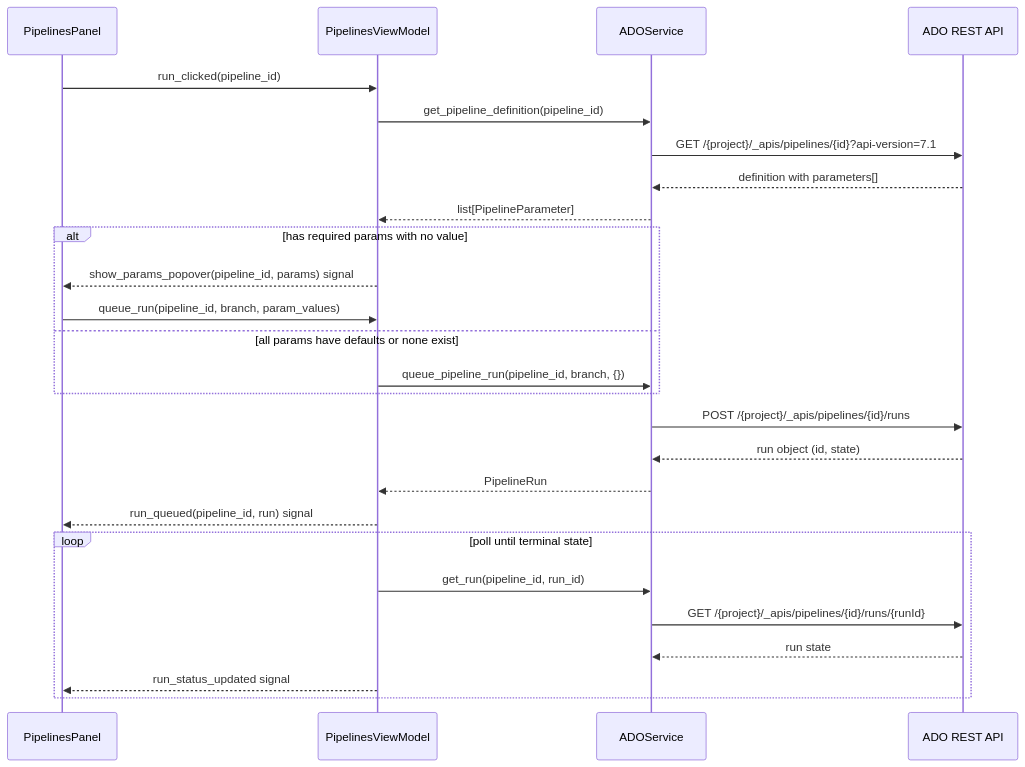
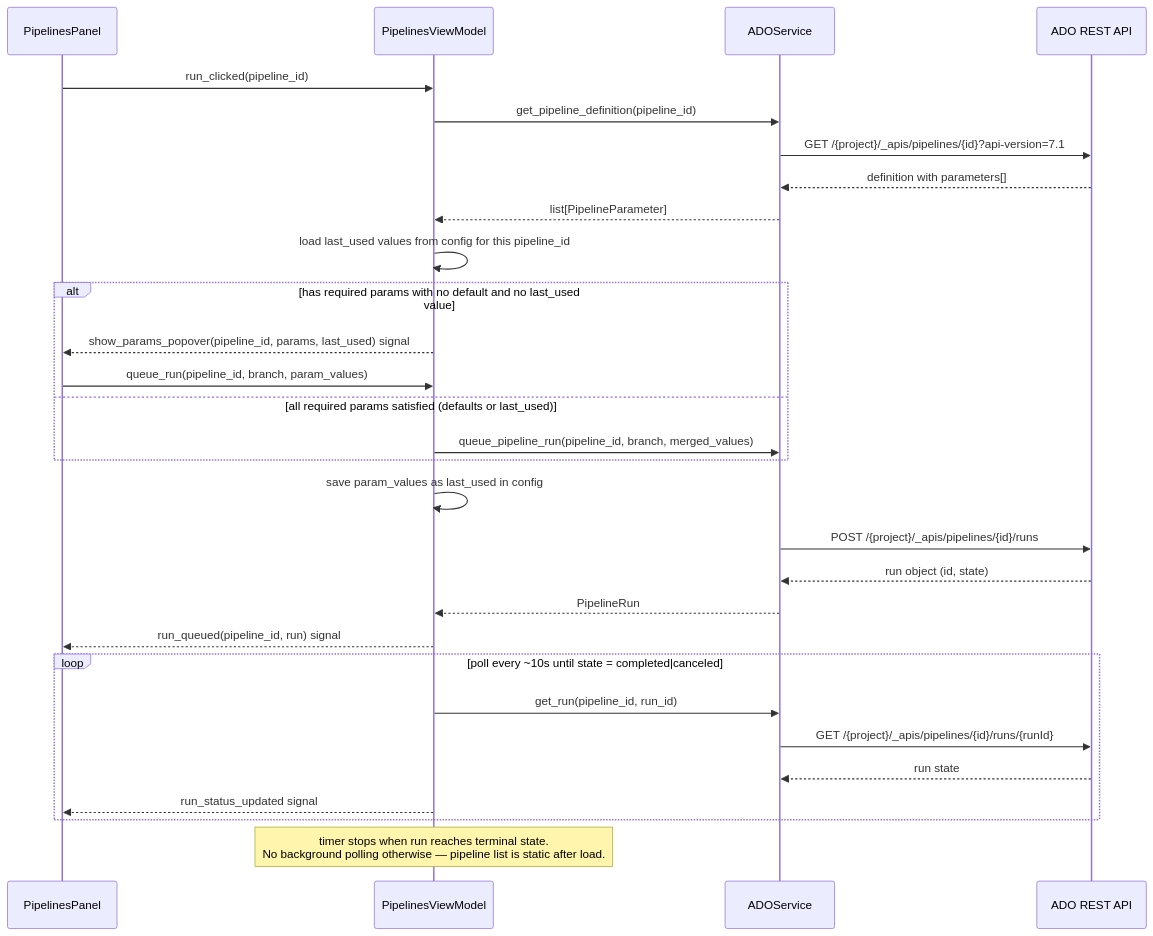
The second of 3 diagrams in worktree-manager/autobot-ado-pipelines.md (ahmedhhw/Orchestrator), drawn with Mermaid before and after one commit. The commit also changed other lines of this file and 10 other files, not shown here.

````diff
--- a/worktree-manager/autobot-ado-pipelines.md
+++ b/worktree-manager/autobot-ado-pipelines.md
@@ -215,29 +306,32 @@
 ```mermaid
 sequenceDiagram
     participant UI as PipelinesPanel
     participant VM as PipelinesViewModel
     participant SVC as ADOService
     participant ADO as ADO REST API
 
     UI->>VM: run_clicked(pipeline_id)
     VM->>SVC: get_pipeline_definition(pipeline_id)
     SVC->>ADO: GET /{project}/_apis/pipelines/{id}?api-version=7.1
     ADO-->>SVC: definition with parameters[]
     SVC-->>VM: list[PipelineParameter]
-    alt has required params with no value
-        VM-->>UI: show_params_popover(pipeline_id, params) signal
+    VM->>VM: load last_used values from config for this pipeline_id
+    alt has required params with no default and no last_used value
+        VM-->>UI: show_params_popover(pipeline_id, params, last_used) signal
         UI->>VM: queue_run(pipeline_id, branch, param_values)
-    else all params have defaults or none exist
-        VM->>SVC: queue_pipeline_run(pipeline_id, branch, {})
+    else all required params satisfied (defaults or last_used)
+        VM->>SVC: queue_pipeline_run(pipeline_id, branch, merged_values)
     end
+    VM->>VM: save param_values as last_used in config
     SVC->>ADO: POST /{project}/_apis/pipelines/{id}/runs
     ADO-->>SVC: run object (id, state)
     SVC-->>VM: PipelineRun
     VM-->>UI: run_queued(pipeline_id, run) signal
-    loop poll until terminal state
+    loop poll every ~10s until state = completed|canceled
         VM->>SVC: get_run(pipeline_id, run_id)
         SVC->>ADO: GET /{project}/_apis/pipelines/{id}/runs/{runId}
         ADO-->>SVC: run state
         VM-->>UI: run_status_updated signal
     end
+    note over VM: timer stops when run reaches terminal state.<br/>No background polling otherwise — pipeline list is static after load.
 ```
````
